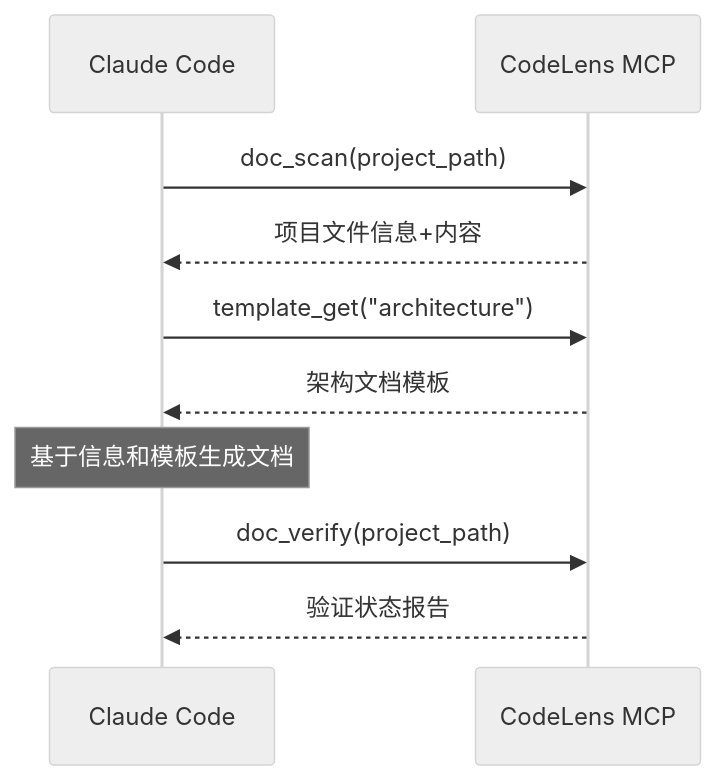
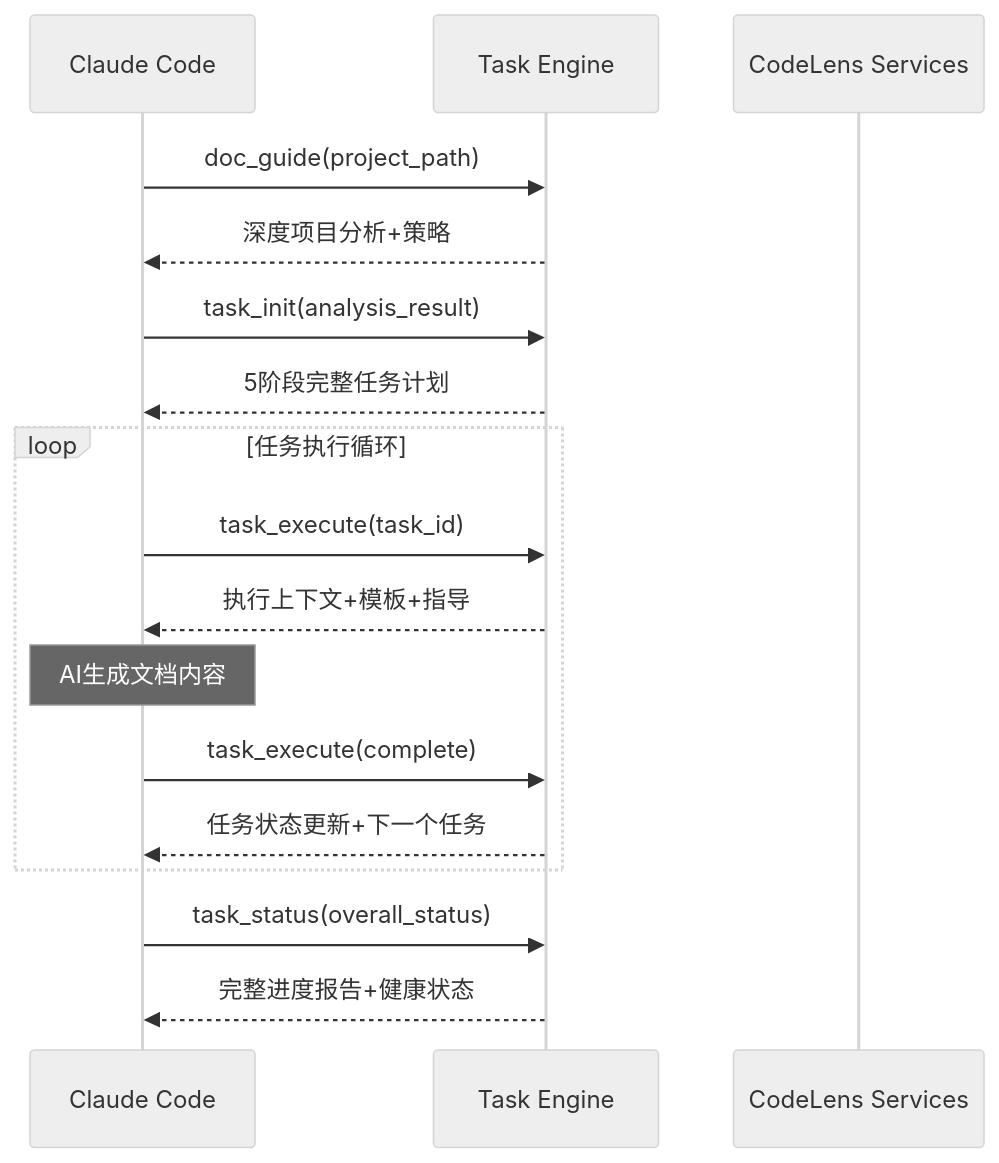
One commit to MGX-LJY/CodeLens changed the diagram in docs/project/README.md. Above: the diagram before and after it, drawn with Mermaid (neutral theme). The commit also changed other lines of this file and 14 other files, not shown here.

````diff
--- a/docs/project/README.md
+++ b/docs/project/README.md
@@ -150,16 +177,23 @@
 ```mermaid
 sequenceDiagram
     participant CC as Claude Code
-    participant CL as CodeLens MCP
+    participant TE as Task Engine
+    participant CL as CodeLens Services
     
-    CC->>CL: doc_scan(project_path)
-    CL-->>CC: 项目文件信息+内容
+    CC->>TE: doc_guide(project_path)
+    TE-->>CC: 深度项目分析+策略
     
-    CC->>CL: template_get("architecture")
-    CL-->>CC: 架构文档模板
+    CC->>TE: task_init(analysis_result)
+    TE-->>CC: 5阶段完整任务计划
     
-    Note over CC: 基于信息和模板生成文档
+    loop 任务执行循环
+        CC->>TE: task_execute(task_id)
+        TE-->>CC: 执行上下文+模板+指导
+        Note over CC: AI生成文档内容
+        CC->>TE: task_execute(complete)
+        TE-->>CC: 任务状态更新+下一个任务
+    end
     
-    CC->>CL: doc_verify(project_path) 
-    CL-->>CC: 验证状态报告
+    CC->>TE: task_status(overall_status)
+    TE-->>CC: 完整进度报告+健康状态
 ```
````
